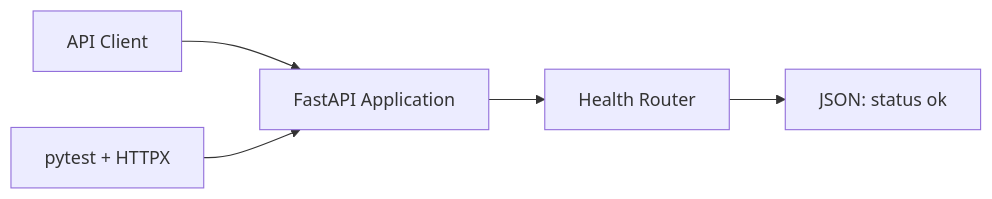
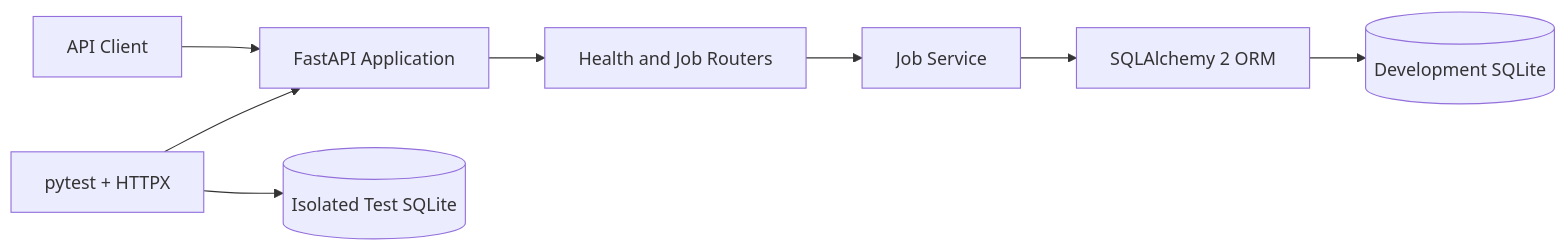
The diagram in README.md (xuyang2005cs/career-assistant-platform), drawn with Mermaid before and after one commit. The commit also changed other lines of this file and 11 other files, not shown here.

````diff
--- a/README.md
+++ b/README.md
@@ -112,7 +139,10 @@
 ```mermaid
 flowchart LR
     Client[API Client] --> FastAPI[FastAPI Application]
-    FastAPI --> Health[Health Router]
-    Health --> Response[JSON: status ok]
+    FastAPI --> Router[Health and Job Routers]
+    Router --> Service[Job Service]
+    Service --> ORM[SQLAlchemy 2 ORM]
+    ORM --> DevDB[(Development SQLite)]
     Tests[pytest + HTTPX] --> FastAPI
+    Tests --> TestDB[(Isolated Test SQLite)]
 ```
````
